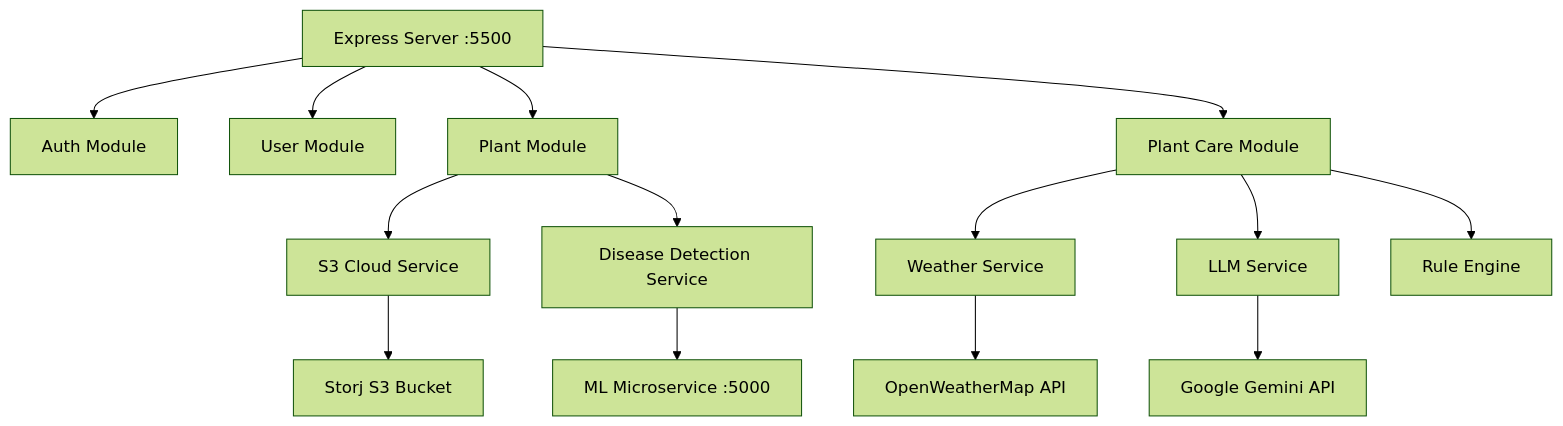
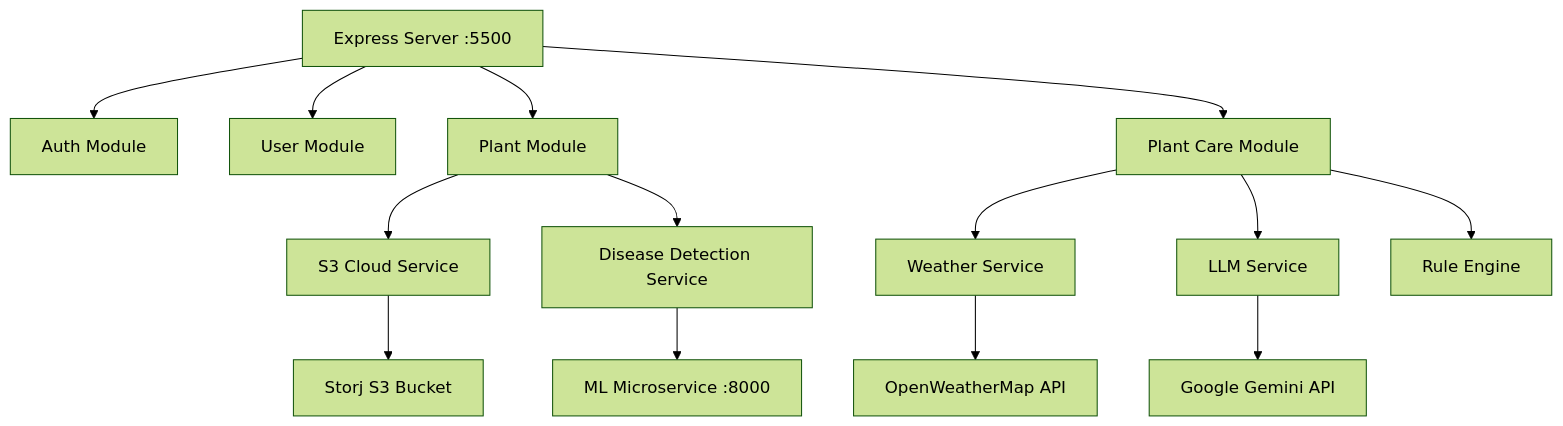
One commit to AH0Cs50/TerraVision_AI changed the second of 9 diagrams in Backend/README.md. Above: the diagram before and after it, drawn with Mermaid (forest theme). The commit also changed other lines of this file and 19 other files, not shown here.

````diff
--- a/Backend/README.md
+++ b/Backend/README.md
@@ -82,16 +82,16 @@
 ```mermaid
 graph TD
     A[Express Server :5500] --> B[Auth Module]
     A --> C[User Module]
     A --> D[Plant Module]
     A --> E[Plant Care Module]
     D --> F[S3 Cloud Service]
     D --> G[Disease Detection Service]
     E --> H[Weather Service]
     E --> I[LLM Service]
     E --> J[Rule Engine]
-    G --> K[ML Microservice :5000]
+    G --> K[ML Microservice :8000]
     H --> L[OpenWeatherMap API]
     I --> M[Google Gemini API]
     F --> N[Storj S3 Bucket]
 ```
````
